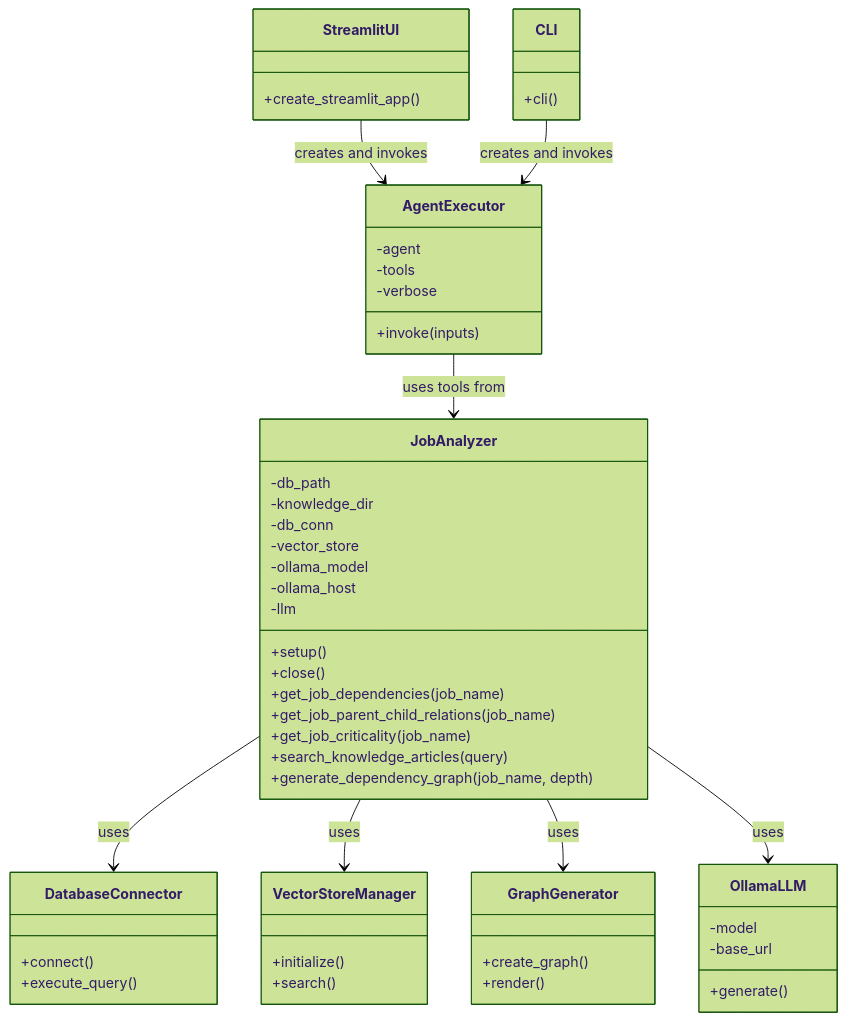
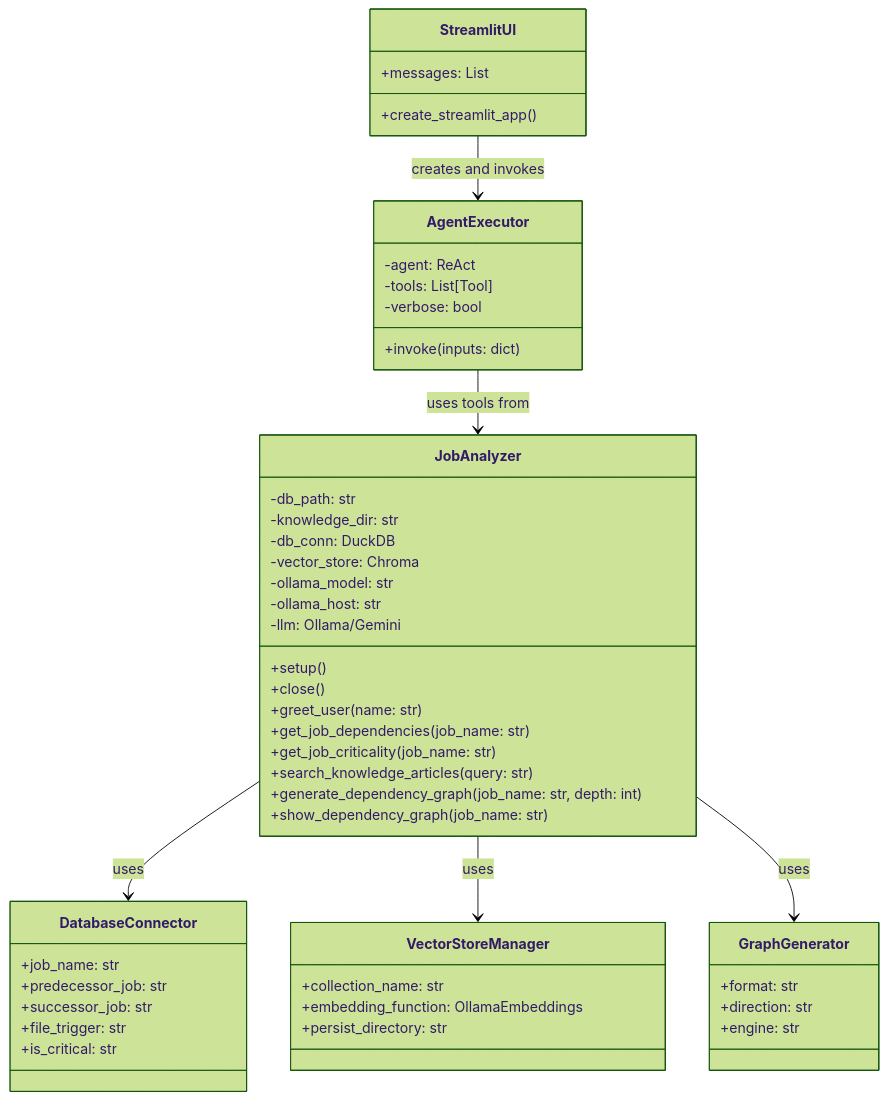
The diagram in assets/diagrams/component_diagram.mmd (aviVzm05/dependency_analysis), drawn with Mermaid (forest theme) before and after one commit. The commit also changed 6 other files, not shown here.

Commit message:
Update diagrams and README for enhanced clarity and functionality

```diff
--- a/assets/diagrams/component_diagram.mmd
+++ b/assets/diagrams/component_diagram.mmd
@@ -1,62 +1,57 @@
 classDiagram
     class JobAnalyzer {
-        -db_path
-        -knowledge_dir
-        -db_conn
-        -vector_store
-        -ollama_model
-        -ollama_host
-        -llm
+        -db_path: str
+        -knowledge_dir: str
+        -db_conn: DuckDB
+        -vector_store: Chroma
+        -ollama_model: str
+        -ollama_host: str
+        -llm: Ollama/Gemini
         +setup()
         +close()
-        +get_job_dependencies(job_name)
-        +get_job_parent_child_relations(job_name)
-        +get_job_criticality(job_name)
-        +search_knowledge_articles(query)
-        +generate_dependency_graph(job_name, depth)
+        +greet_user(name: str)
+        +get_job_dependencies(job_name: str)
+        +get_job_criticality(job_name: str)
+        +search_knowledge_articles(query: str)
+        +generate_dependency_graph(job_name: str, depth: int)
+        +show_dependency_graph(job_name: str)
     }
     
     class AgentExecutor {
-        -agent
-        -tools
-        -verbose
-        +invoke(inputs)
+        -agent: ReAct
+        -tools: List[Tool]
+        -verbose: bool
+        +invoke(inputs: dict)
     }
     
     class StreamlitUI {
+        +messages: List
         +create_streamlit_app()
     }
     
-    class CLI {
-        +cli()
-    }
-    
     class DatabaseConnector {
-        +connect()
-        +execute_query()
+        +job_name: str
+        +predecessor_job: str
+        +successor_job: str
+        +file_trigger: str
+        +is_critical: str
     }
     
     class VectorStoreManager {
-        +initialize()
-        +search()
+        +collection_name: str
+        +embedding_function: OllamaEmbeddings
+        +persist_directory: str
     }
     
     class GraphGenerator {
-        +create_graph()
-        +render()
-    }
-    
-    class OllamaLLM {
-        -model
-        -base_url
-        +generate()
+        +format: str
+        +direction: str
+        +engine: str
     }
     
     JobAnalyzer --> DatabaseConnector : uses
     JobAnalyzer --> VectorStoreManager : uses
     JobAnalyzer --> GraphGenerator : uses
-    JobAnalyzer --> OllamaLLM : uses
     
     AgentExecutor --> JobAnalyzer : uses tools from
     StreamlitUI --> AgentExecutor : creates and invokes
-    CLI --> AgentExecutor : creates and invokes
```
